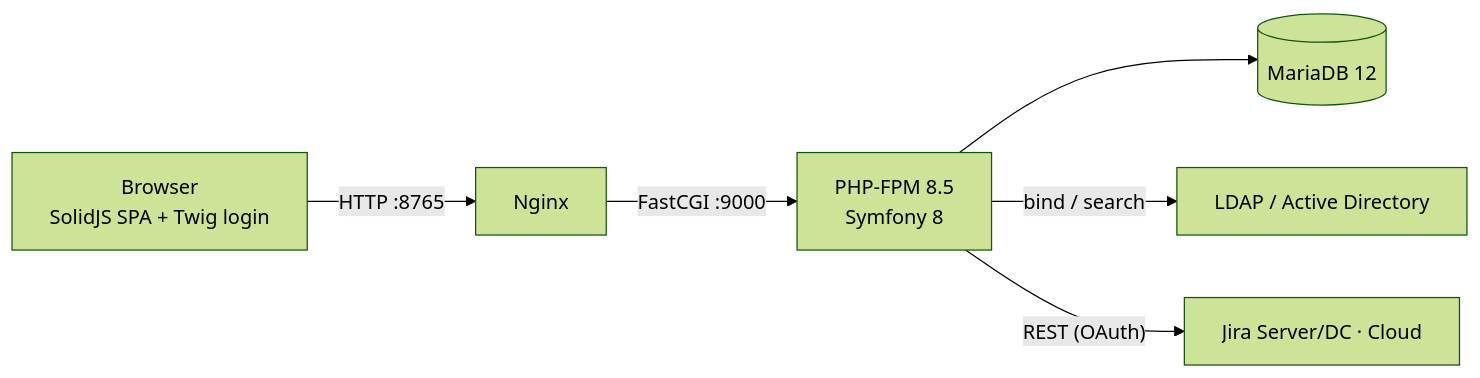
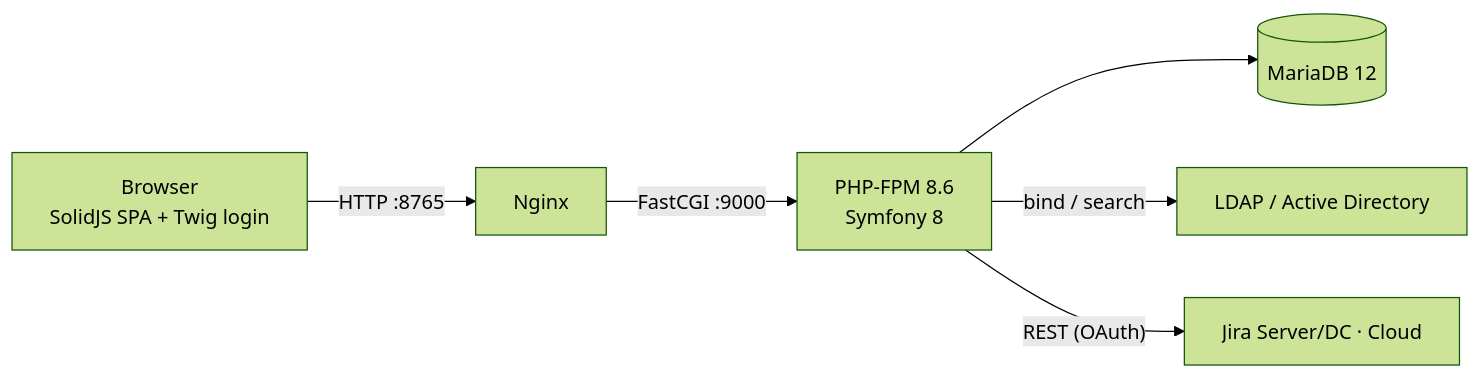
The diagram in README.md (netresearch/timetracker), drawn with Mermaid (forest theme) before and after one commit. The commit also changed other lines of this file and 12 other files, not shown here.

````diff
--- a/README.md
+++ b/README.md
@@ -173,8 +173,8 @@
 ```mermaid
 flowchart LR
     Browser["Browser<br/>SolidJS SPA + Twig login"] -->|HTTP :8765| Nginx
-    Nginx -->|FastCGI :9000| App["PHP-FPM 8.5<br/>Symfony 8"]
+    Nginx -->|FastCGI :9000| App["PHP-FPM 8.6<br/>Symfony 8"]
     App --> DB[("MariaDB 12")]
     App -->|bind / search| LDAP["LDAP / Active Directory"]
     App -->|"REST (OAuth)"| Jira["Jira Server/DC · Cloud"]
 ```
````
